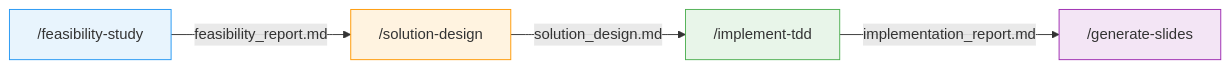
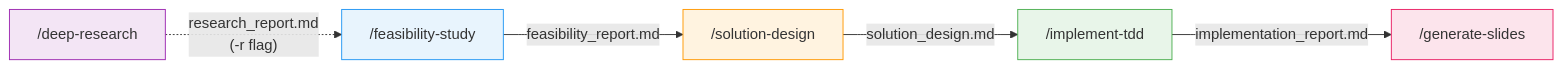
One commit to arudita-zzz/app-dev-prompt-suite changed the diagram in README.md. Above: the diagram before and after it, drawn with Mermaid. The commit also changed other lines of this file and 2 other files, not shown here.

Commit message:
Update plugin docs and configs for deep-research skill
Add deep-research to README skill lists, workflow diagrams,
file structure, and example workflows. Update marketplace.json
and plugin.json descriptions.

````diff
--- a/README.md
+++ b/README.md
@@ -23,11 +23,13 @@
 ```mermaid
 flowchart LR
-    F["/feasibility-study"] -- "feasibility_report.md" --> S["/solution-design"]
+    D["/deep-research"] -. "research_report.md\n(-r flag)" .-> F["/feasibility-study"]
+    F -- "feasibility_report.md" --> S["/solution-design"]
     S -- "solution_design.md" --> I["/implement-tdd"]
     I -- "implementation_report.md" --> G["/generate-slides"]
 
+    style D fill:#f3e5f5,stroke:#9C27B0
     style F fill:#e8f4fd,stroke:#2196F3
     style S fill:#fff3e0,stroke:#FF9800
     style I fill:#e8f5e9,stroke:#4CAF50
-    style G fill:#f3e5f5,stroke:#9C27B0
+    style G fill:#fce4ec,stroke:#E91E63
 ```
````
